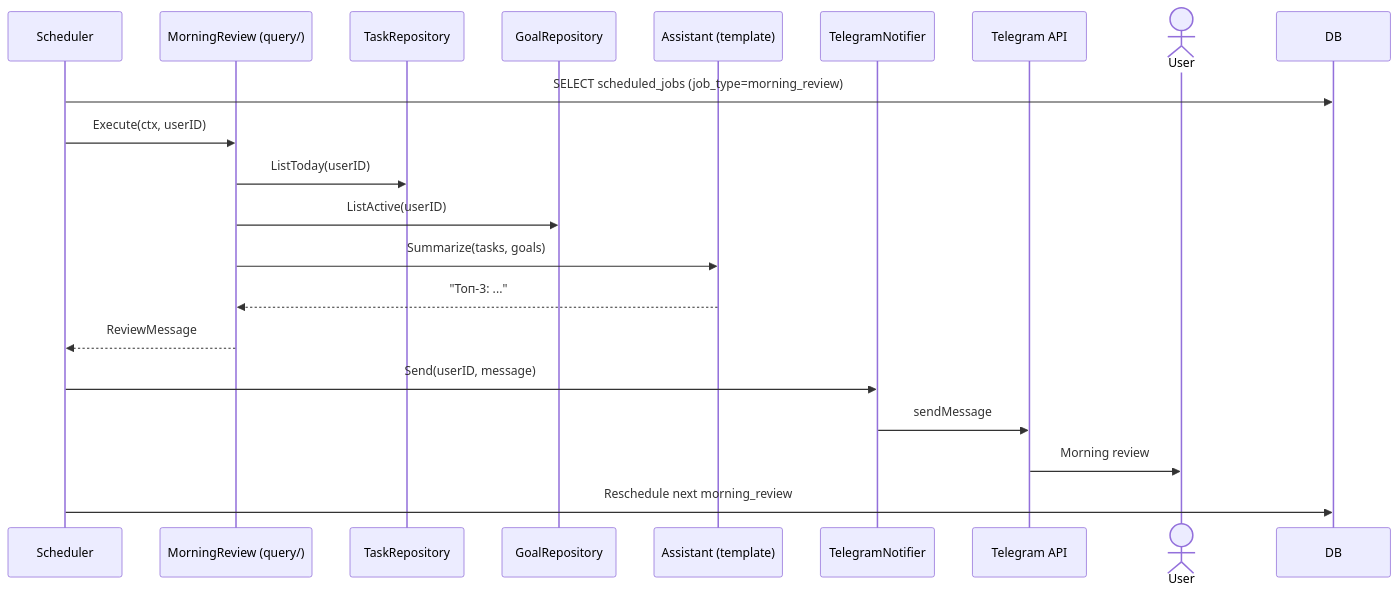
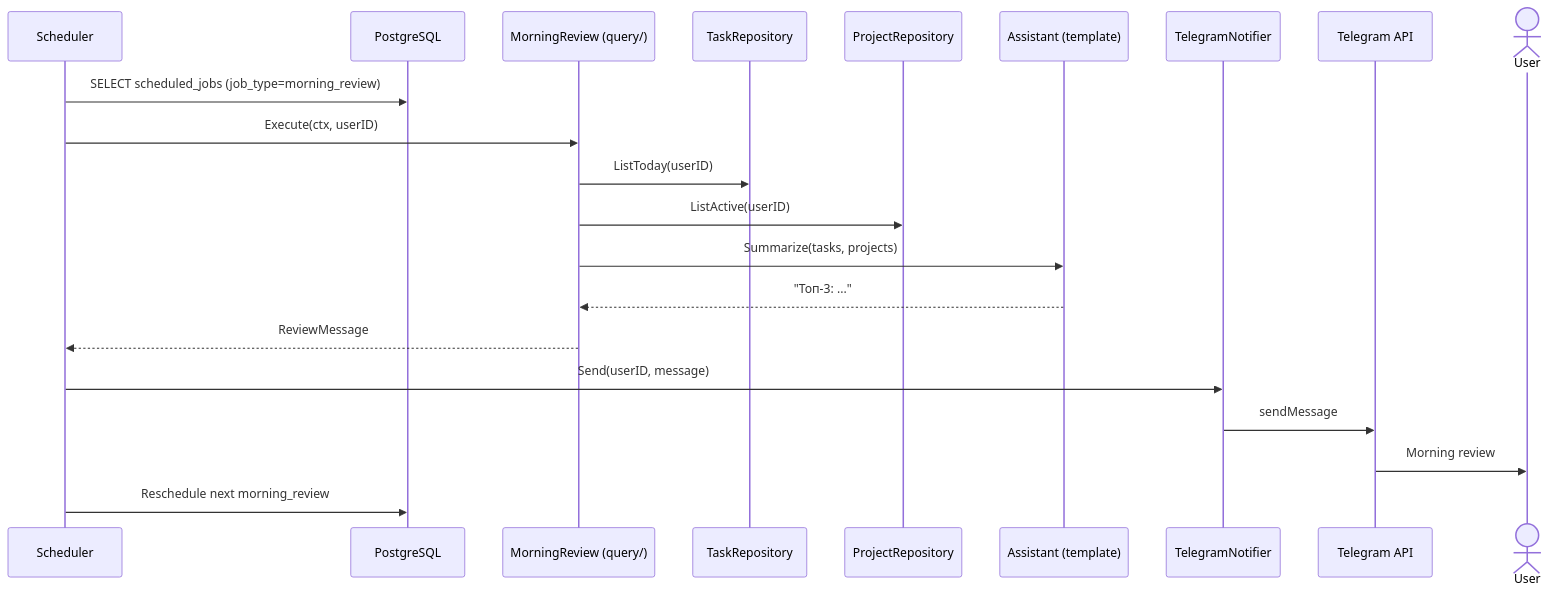
The third of 8 diagrams in docs/diagrams/SEQUENCE.md (ezhigval/lifeos), drawn with Mermaid before and after one commit. The commit also changed other lines of this file and 27 other files, not shown here.

First line of the commit message:
docs: sync architecture with code and scaffold three-agent orchestration

````diff
--- a/docs/diagrams/SEQUENCE.md
+++ b/docs/diagrams/SEQUENCE.md
@@ -72,23 +72,24 @@
 ```mermaid
 sequenceDiagram
     participant SCH as Scheduler
+    participant DB as PostgreSQL
     participant MR as MorningReview (query/)
     participant TR as TaskRepository
-    participant GR as GoalRepository
+    participant PR as ProjectRepository
     participant AS as Assistant (template)
     participant NS as TelegramNotifier
     participant TG as Telegram API
     actor User
 
     SCH->>DB: SELECT scheduled_jobs (job_type=morning_review)
     SCH->>MR: Execute(ctx, userID)
     MR->>TR: ListToday(userID)
-    MR->>GR: ListActive(userID)
-    MR->>AS: Summarize(tasks, goals)
+    MR->>PR: ListActive(userID)
+    MR->>AS: Summarize(tasks, projects)
     AS-->>MR: "Топ-3: ..."
     MR-->>SCH: ReviewMessage
     SCH->>NS: Send(userID, message)
     NS->>TG: sendMessage
     TG->>User: Morning review
     SCH->>DB: Reschedule next morning_review
 ```
````
